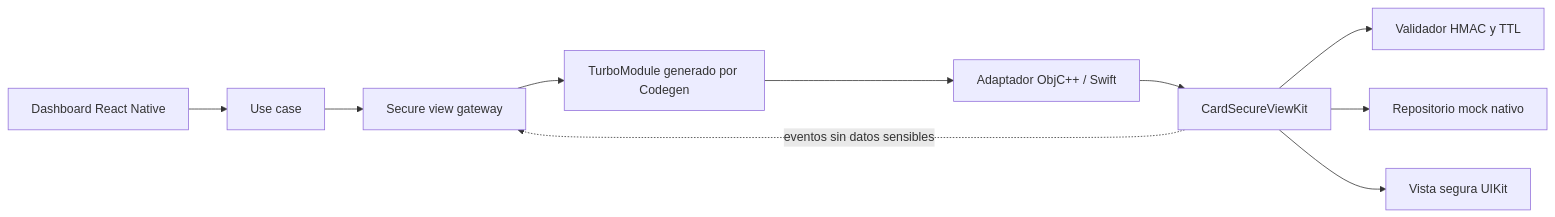
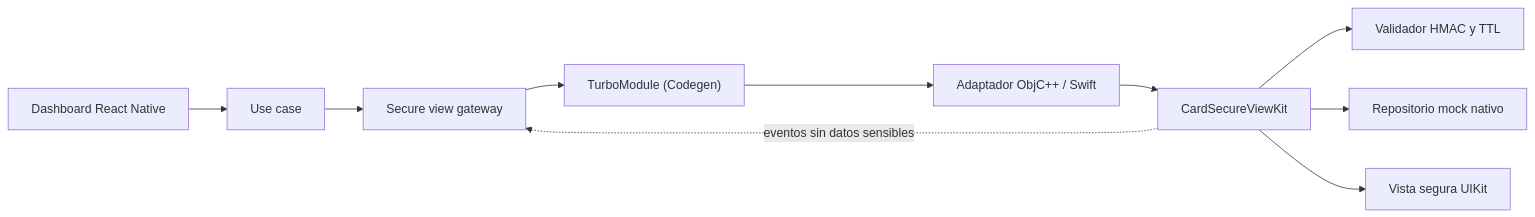
The diagram in README.md (aapa96/reto-yape), drawn with Mermaid before and after one commit. The commit also changed other lines of this file and 24 other files, not shown here.

````diff
--- a/README.md
+++ b/README.md
@@ -72,12 +103,12 @@
 ```mermaid
 flowchart LR
     UI["Dashboard React Native"] --> UC["Use case"]
     UC --> GW["Secure view gateway"]
-    GW --> TM["TurboModule generado por Codegen"]
+    GW --> TM["TurboModule (Codegen)"]
     TM --> AD["Adaptador ObjC++ / Swift"]
     AD --> KIT["CardSecureViewKit"]
     KIT --> VAL["Validador HMAC y TTL"]
     KIT --> DATA["Repositorio mock nativo"]
     KIT --> VIEW["Vista segura UIKit"]
     KIT -. "eventos sin datos sensibles" .-> GW
 ```
````
